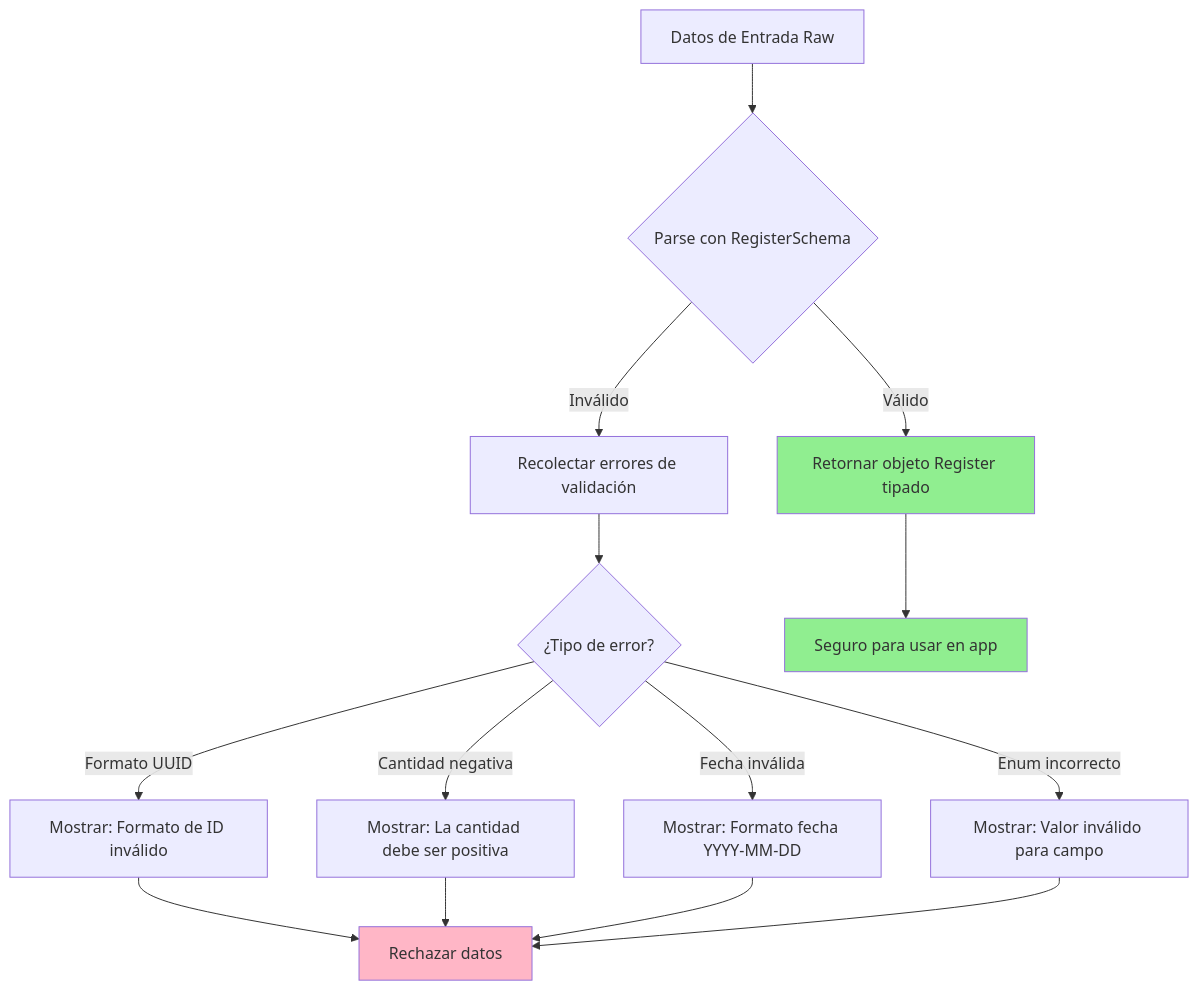
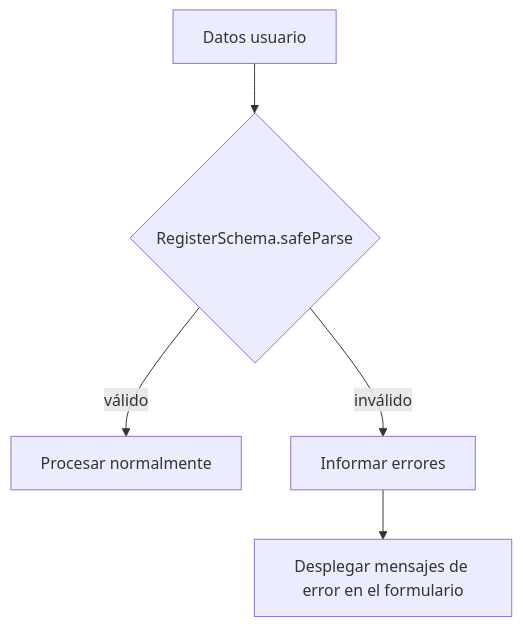
The diagram in src/content/posts/side-project-nutritional-tracker-3.md (RadikeCosa/blog-astro), drawn with Mermaid before and after one commit. The commit also changed other lines of this file and 10 other files, not shown here.

````diff
--- a/src/content/posts/side-project-nutritional-tracker-3.md
+++ b/src/content/posts/side-project-nutritional-tracker-3.md
@@ -250,22 +127,8 @@
 ```mermaid
 graph TD
-    A[Datos de Entrada Raw] --> B{Parse con RegisterSchema}
-    B -->|Válido| C[Retornar objeto Register tipado]
-    B -->|Inválido| D[Recolectar errores de validación]
+  A[Datos usuario] --> B{RegisterSchema.safeParse}
+  B -- válido --> C[Procesar normalmente]
+  B -- inválido --> D[Informar errores]
 
-    D --> E{¿Tipo de error?}
-    E -->|Formato UUID| F[Mostrar: Formato de ID inválido]
-    E -->|Cantidad negativa| G[Mostrar: La cantidad debe ser positiva]
-    E -->|Fecha inválida| H[Mostrar: Formato fecha YYYY-MM-DD]
-    E -->|Enum incorrecto| I[Mostrar: Valor inválido para campo]
-
-    C --> J[Seguro para usar en app]
-    F --> K[Rechazar datos]
-    G --> K
-    H --> K
-    I --> K
-
-    style C fill:#90EE90
-    style J fill:#90EE90
-    style K fill:#FFB6C6
+  D --> E[Desplegar mensajes de error en el formulario]
 ```
````
